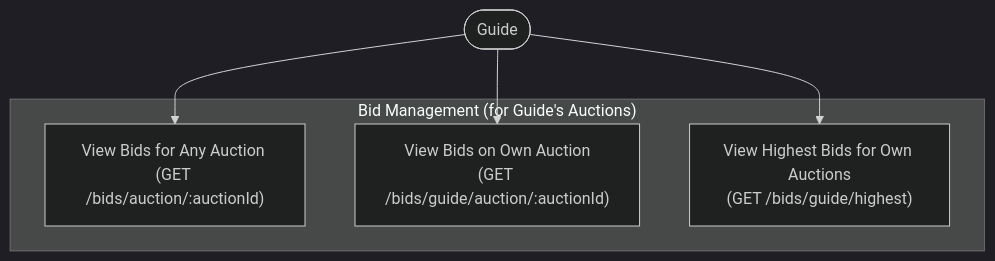
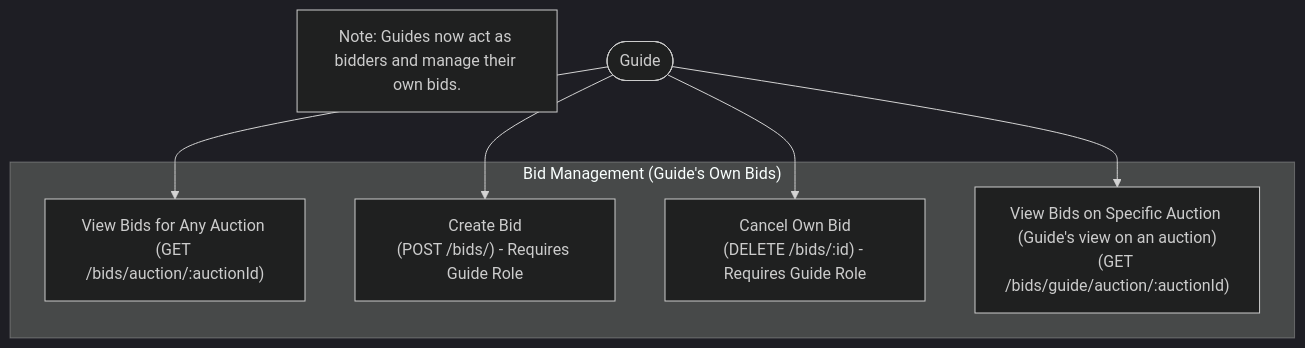
One commit to vegasLas/trip-back changed the fifth of 8 diagrams in mermaid/guide-gemini.md. Above: the diagram before and after it, drawn with Mermaid (dark theme). The commit also changed other lines of this file and 8 other files, not shown here.

````diff
--- a/mermaid/guide-gemini.md
+++ b/mermaid/guide-gemini.md
@@ -84,14 +78,17 @@
 ```mermaid
 graph TD
-    subgraph "Bid Management (for Guide's Auctions)"
+    subgraph "Bid Management (Guide's Own Bids)"
         B1["View Bids for Any Auction (GET /bids/auction/:auctionId)"]
-        B2["View Bids on Own Auction<br>(GET /bids/guide/auction/:auctionId)"]
-        B3["View Highest Bids for Own Auctions<br>(GET /bids/guide/highest)"]
+        B2["Create Bid<br>(POST /bids/) - Requires Guide Role"]
+        B3["Cancel Own Bid<br>(DELETE /bids/:id) - Requires Guide Role"]
+        B4["View Bids on Specific Auction (Guide's view on an auction)<br>(GET /bids/guide/auction/:auctionId)"]
     end
+    Note["Note: Guides now act as bidders and manage their own bids."]
 
-    GuideUser(["Guide"])
+    GuideUser([Guide])
 
     GuideUser --> B1
     GuideUser --> B2
     GuideUser --> B3
+    GuideUser --> B4
 ```
````
